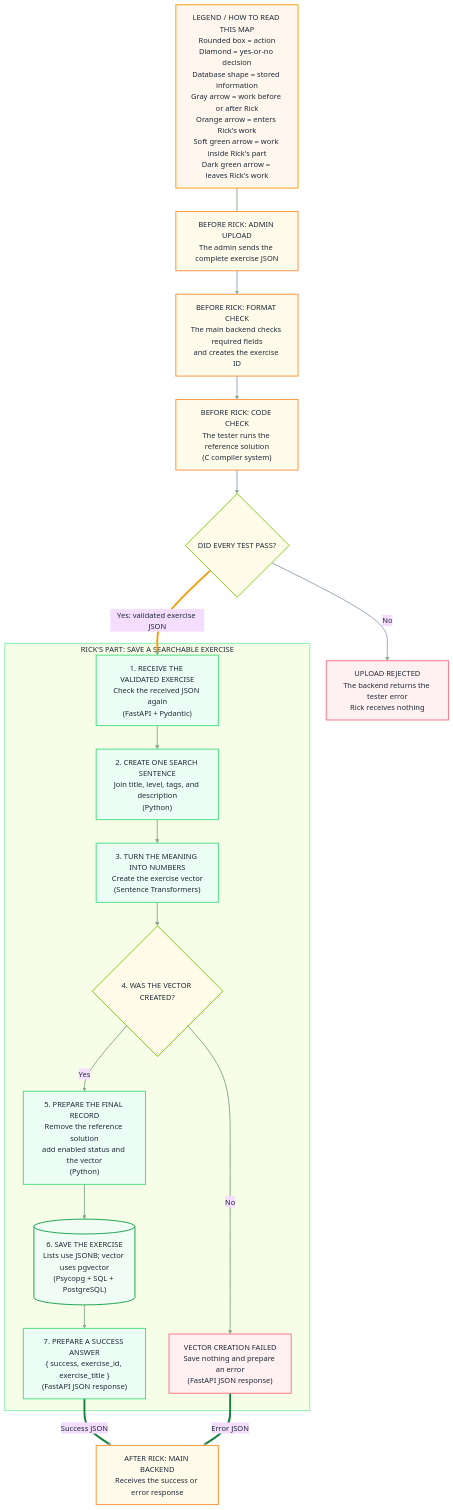
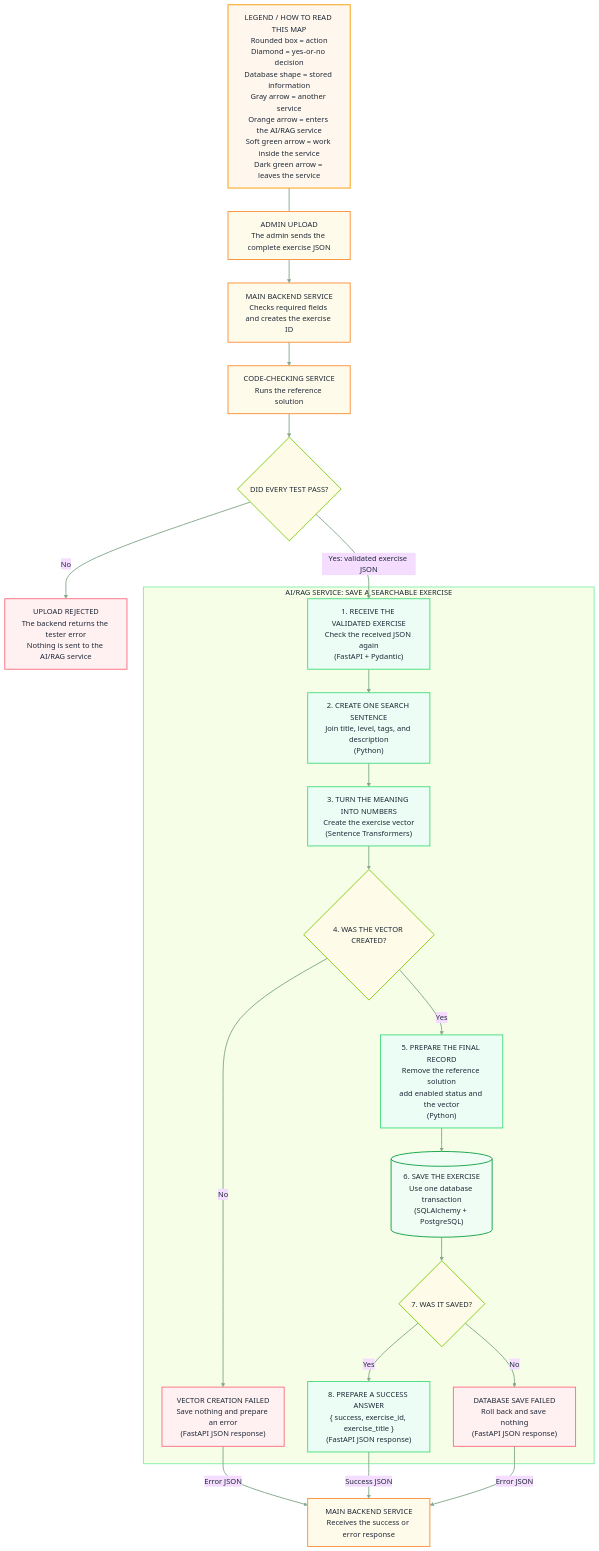
One commit to Rspinelli93/Trancendece changed the diagram in Documentation/rick/Diagrams/02-exercise-upload-and-indexing.md. Above: the diagram before and after it, drawn with Mermaid. The commit also changed other lines of this file and 13 other files, not shown here.

````diff
--- a/Documentation/rick/Diagrams/02-exercise-upload-and-indexing.md
+++ b/Documentation/rick/Diagrams/02-exercise-upload-and-indexing.md
@@ -15,59 +15,61 @@
 ```mermaid
 %%{init: {"theme":"base","themeVariables":{"background":"#fffdf7","primaryTextColor":"#1f2937","lineColor":"#84a98c","clusterBkg":"#f7fee7","clusterBorder":"#86efac"}}}%%
 flowchart TD
-    Key["LEGEND / HOW TO READ THIS MAP<br/>Rounded box = action<br/>Diamond = yes-or-no decision<br/>Database shape = stored information<br/>Gray arrow = work before or after Rick<br/>Orange arrow = enters Rick's work<br/>Soft green arrow = work inside Rick's part<br/>Dark green arrow = leaves Rick's work"]
+    Key["LEGEND / HOW TO READ THIS MAP<br/>Rounded box = action<br/>Diamond = yes-or-no decision<br/>Database shape = stored information<br/>Gray arrow = another service<br/>Orange arrow = enters the AI/RAG service<br/>Soft green arrow = work inside the service<br/>Dark green arrow = leaves the service"]
 
-    Admin["BEFORE RICK: ADMIN UPLOAD<br/>The admin sends the complete exercise JSON"]
-    Backend["BEFORE RICK: FORMAT CHECK<br/>The main backend checks required fields<br/>and creates the exercise ID"]
-    Tester["BEFORE RICK: CODE CHECK<br/>The tester runs the reference solution<br/>(C compiler system)"]
+    Admin["ADMIN UPLOAD<br/>The admin sends the complete exercise JSON"]
+    Backend["MAIN BACKEND SERVICE<br/>Checks required fields and creates the exercise ID"]
+    Tester["CODE-CHECKING SERVICE<br/>Runs the reference solution"]
     Passed{"DID EVERY TEST PASS?"}
-    Rejected["UPLOAD REJECTED<br/>The backend returns the tester error<br/>Rick receives nothing"]
+    Rejected["UPLOAD REJECTED<br/>The backend returns the tester error<br/>Nothing is sent to the AI/RAG service"]
 
-    subgraph Rick["RICK'S PART: SAVE A SEARCHABLE EXERCISE"]
+    subgraph AIService["AI/RAG SERVICE: SAVE A SEARCHABLE EXERCISE"]
         Receive["1. RECEIVE THE VALIDATED EXERCISE<br/>Check the received JSON again<br/>(FastAPI + Pydantic)"]
         Sentence["2. CREATE ONE SEARCH SENTENCE<br/>Join title, level, tags, and description<br/>(Python)"]
         Vector["3. TURN THE MEANING INTO NUMBERS<br/>Create the exercise vector<br/>(Sentence Transformers)"]
         VectorOK{"4. WAS THE VECTOR CREATED?"}
         Prepare["5. PREPARE THE FINAL RECORD<br/>Remove the reference solution<br/>add enabled status and the vector<br/>(Python)"]
-        Save[("6. SAVE THE EXERCISE<br/>Lists use JSONB; vector uses pgvector<br/>(Psycopg + SQL + PostgreSQL)")]
-        Success["7. PREPARE A SUCCESS ANSWER<br/>{ success, exercise_id, exercise_title }<br/>(FastAPI JSON response)"]
+        Save[("6. SAVE THE EXERCISE<br/>Use one database transaction<br/>(SQLAlchemy + PostgreSQL)")]
+        Saved{"7. WAS IT SAVED?"}
+        Success["8. PREPARE A SUCCESS ANSWER<br/>{ success, exercise_id, exercise_title }<br/>(FastAPI JSON response)"]
         VectorError["VECTOR CREATION FAILED<br/>Save nothing and prepare an error<br/>(FastAPI JSON response)"]
+        SaveError["DATABASE SAVE FAILED<br/>Roll back and save nothing<br/>(FastAPI JSON response)"]
     end
 
-    Receiver["AFTER RICK: MAIN BACKEND<br/>Receives the success or error response"]
+    Receiver["MAIN BACKEND SERVICE<br/>Receives the success or error response"]
 
     Key ~~~ Admin
     Admin --> Backend
     Backend --> Tester
     Tester --> Passed
     Passed -->|"No"| Rejected
     Passed -->|"Yes: validated exercise JSON"| Receive
     Receive --> Sentence
     Sentence --> Vector
     Vector --> VectorOK
     VectorOK -->|"No"| VectorError
     VectorOK -->|"Yes"| Prepare
     Prepare --> Save
-    Save --> Success
+    Save --> Saved
+    Saved -->|"Yes"| Success
+    Saved -->|"No"| SaveError
     Success -->|"Success JSON"| Receiver
     VectorError -->|"Error JSON"| Receiver
+    SaveError -->|"Error JSON"| Receiver
 
     classDef note fill:#fff7ed,stroke:#f59e0b,color:#1f2937,stroke-width:2px;
     classDef outside fill:#fffbeb,stroke:#fb923c,color:#1f2937,stroke-width:2px;
     classDef work fill:#ecfdf5,stroke:#4ade80,color:#1f2937,stroke-width:2px;
     classDef storage fill:#f0fdf4,stroke:#16a34a,color:#1f2937,stroke-width:2px;
     classDef decision fill:#fefce8,stroke:#84cc16,color:#1f2937,stroke-width:2px;
     classDef error fill:#fff1f2,stroke:#fb7185,color:#1f2937,stroke-width:2px;
     class Key note;
     class Admin,Backend,Tester,Receiver outside;
     class Receive,Sentence,Vector,Prepare,Success work;
     class Save storage;
-    class Passed,VectorOK decision;
-    class Rejected,VectorError error;
-    style Rick fill:#f7fee7,stroke:#86efac,stroke-width:2px,color:#1f2937;
+    class Passed,VectorOK,Saved decision;
+    class Rejected,VectorError,SaveError error;
+    style AIService fill:#f7fee7,stroke:#86efac,stroke-width:2px,color:#1f2937;
 
     linkStyle default stroke:#84a98c,stroke-width:2px;
-    linkStyle 1,2,3,4 stroke:#94a3b8,stroke-width:2px;
-    linkStyle 5 stroke:#f59e0b,stroke-width:4px;
-    linkStyle 13,14 stroke:#15803d,stroke-width:4px;
 ```
````
